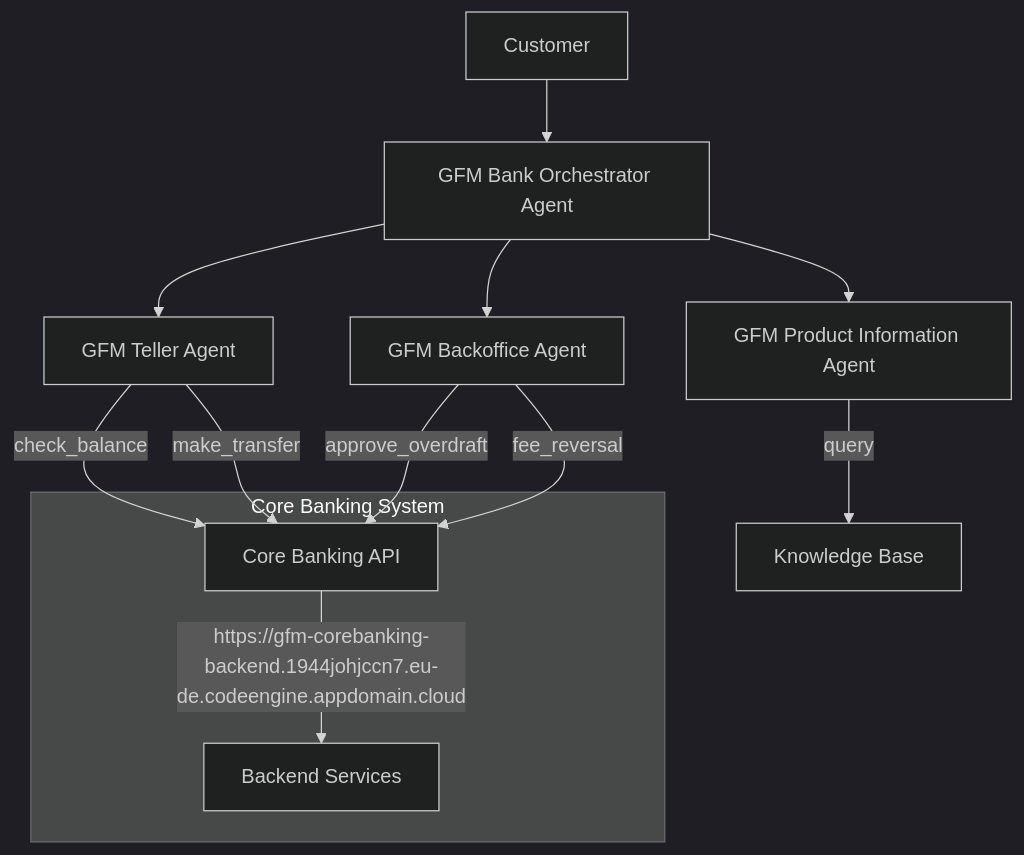
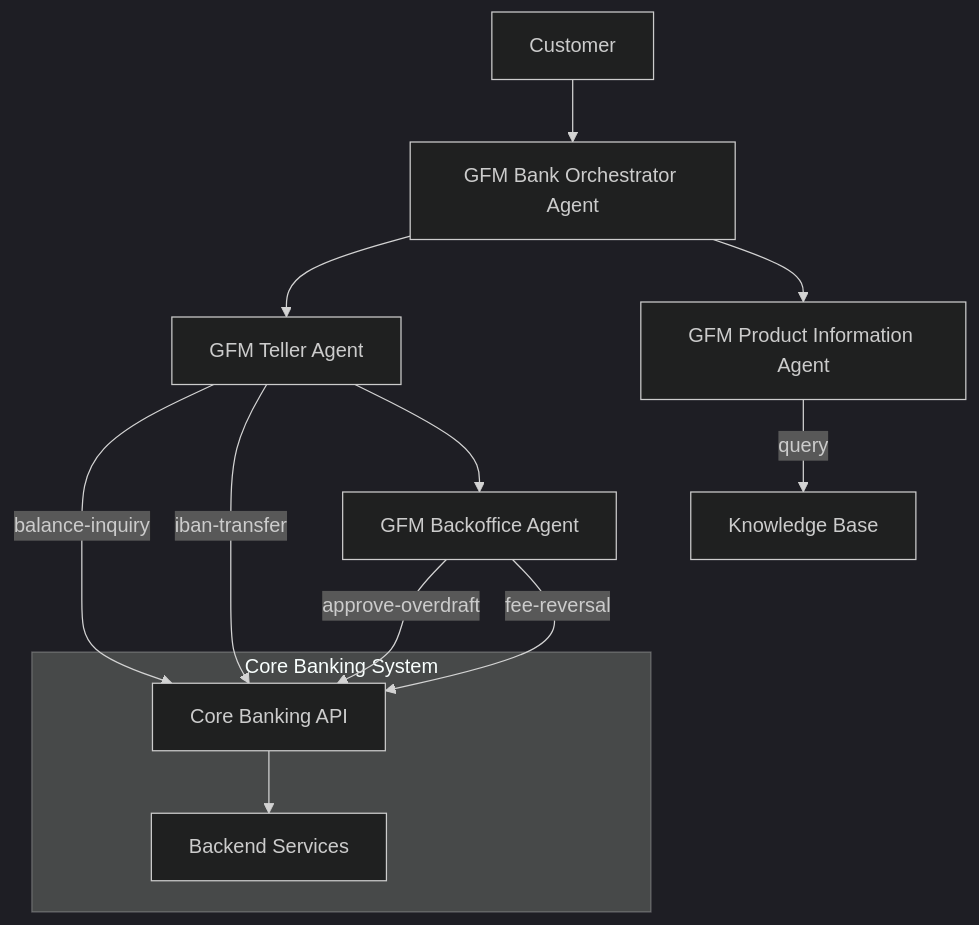
One commit to djhunt-ibm/agentic-ai-client-bootcamp changed the second of 2 diagrams in usecases/banking-backoffice/assets/hands_on_lab_banking_automation.md. Above: the diagram before and after it, drawn with Mermaid (dark theme). The commit also changed other lines of this file and 14 other files, not shown here.

````diff
--- a/usecases/banking-backoffice/assets/hands_on_lab_banking_automation.md
+++ b/usecases/banking-backoffice/assets/hands_on_lab_banking_automation.md
@@ -98,17 +96,18 @@
 ```mermaid
 graph TD
     Customer[Customer] --> Orchestrator[GFM Bank Orchestrator Agent]
     Orchestrator --> Teller[GFM Teller Agent]
-    Orchestrator --> Backoffice[GFM Backoffice Agent]
     Orchestrator --> ProductInfo[GFM Product Information Agent]
-    
-    Teller --> |check_balance| API[Core Banking API]
-    Teller --> |make_transfer| API
-    Backoffice --> |approve_overdraft| API
-    Backoffice --> |fee_reversal| API
+
+    Teller --> |balance-inquiry| API[Core Banking API]
+    Teller --> |iban-transfer| API
+    Teller --> Backoffice[GFM Backoffice Agent]
+
+    Backoffice --> |approve-overdraft| API
+    Backoffice --> |fee-reversal| API
     ProductInfo --> |query| Knowledge[Knowledge Base]
     
     subgraph "Core Banking System"
-        API --> |https://gfm-corebanking-backend.1944johjccn7.eu-de.codeengine.appdomain.cloud|Backend[Backend Services]
+        API --> Backend[Backend Services]
     end
 ```
````
